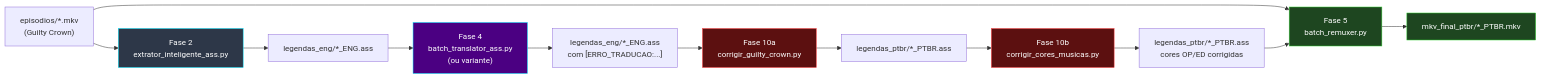
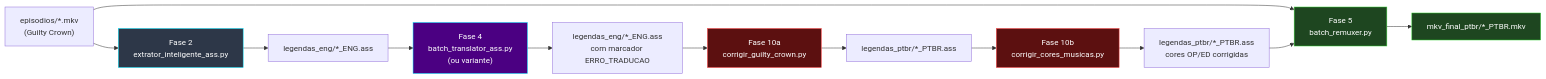
Before and after one commit to carmipa/projeto-tracker-animes-traducao: the eighth of 9 diagrams in docs/arquitetura.md, drawn with Mermaid. The commit also changed 2 other files, not shown here.

Commit message:
docs: add architecture overview and specific documentation for phases 9 and 10

````diff
--- a/docs/arquitetura.md
+++ b/docs/arquitetura.md
@@ -260,21 +260,21 @@
 ```mermaid
 flowchart LR
     MKV["episodios/*.mkv\n(Guilty Crown)"] --> F2["Fase 2\nextrator_inteligente_ass.py"]
     F2 --> ENG["legendas_eng/*_ENG.ass"]
     ENG --> F4["Fase 4\nbatch_translator_ass.py\n(ou variante)"]
-    F4 --> PTERR["legendas_eng/*_ENG.ass\ncom [ERRO_TRADUCAO:...]"]
+    F4 --> PTERR["legendas_eng/*_ENG.ass\ncom marcador ERRO_TRADUCAO"]
     PTERR --> F10A["Fase 10a\ncorrigir_guilty_crown.py"]
     F10A --> PT["legendas_ptbr/*_PTBR.ass"]
     PT --> F10B["Fase 10b\ncorrigir_cores_musicas.py"]
     F10B --> PTOK["legendas_ptbr/*_PTBR.ass\ncores OP/ED corrigidas"]
     MKV --> F5["Fase 5\nbatch_remuxer.py"]
     PTOK --> F5
     F5 --> OUT["mkv_final_ptbr/*_PTBR.mkv"]
 
     style F2 fill:#2d3748,stroke:#00E5FF,color:#fff
     style F4 fill:#4B0082,stroke:#00E5FF,color:#fff
     style F10A fill:#5c1010,stroke:#ff4444,color:#fff
     style F10B fill:#5c1010,stroke:#ff4444,color:#fff
     style F5 fill:#1e4620,stroke:#32CD32,color:#fff
     style OUT fill:#1e4620,stroke:#32CD32,color:#fff
 ```
````
